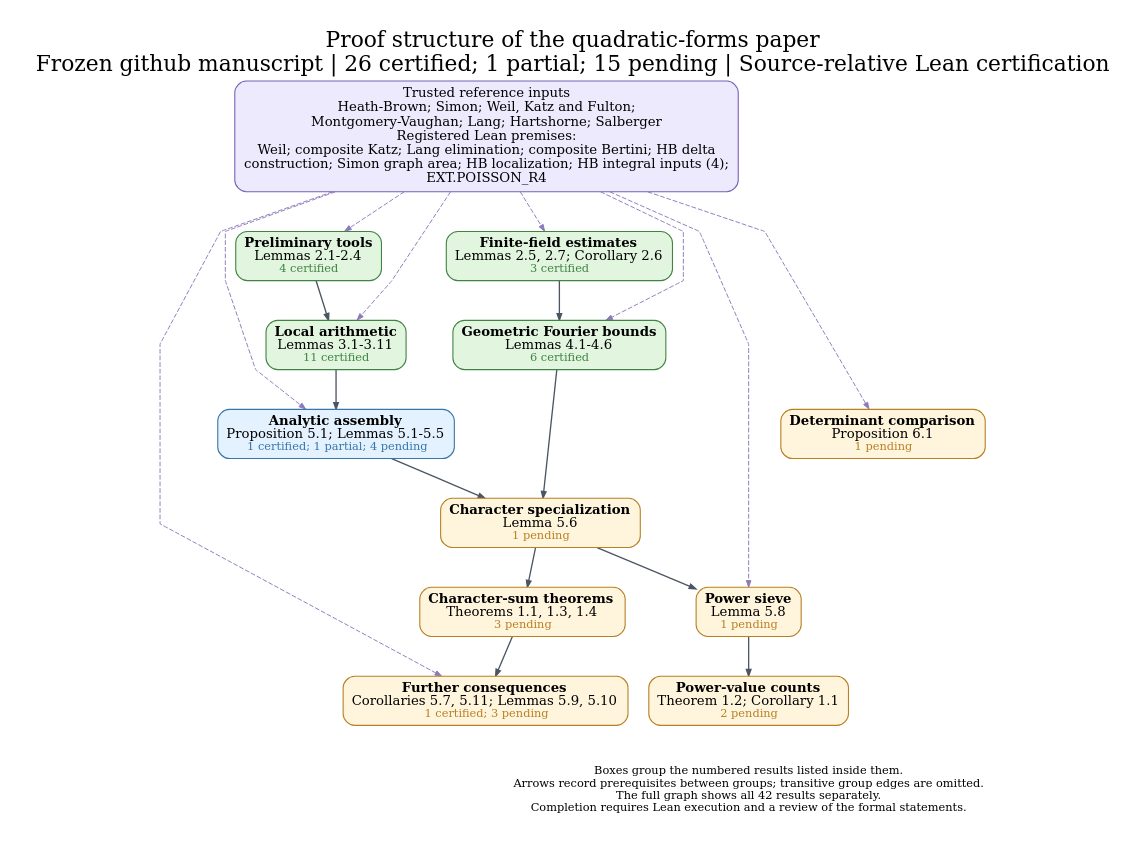
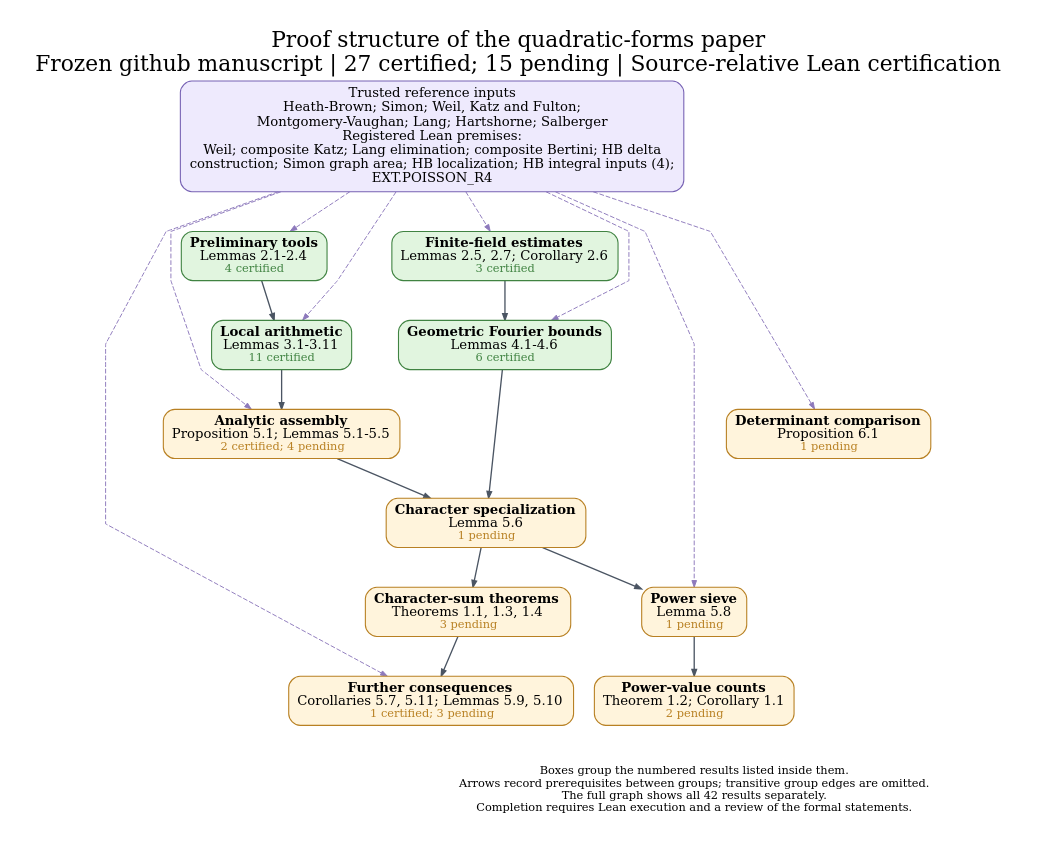
Before and after one commit to nicolasrobles/quaternary-quadratic-forms: the diagram in docs/dependency_overview.dot, drawn with Graphviz. The commit also changed 26 other files, not shown here.

```diff
--- a/docs/dependency_overview.dot
+++ b/docs/dependency_overview.dot
@@ -1,43 +1,43 @@
 digraph Overview {
 graph [rankdir=TB, newrank=true, compound=true, outputorder=edgesfirst,
   bgcolor="white", fontname="DejaVu Serif", fontsize=23, labelloc=t,
-  label="Proof structure of the quadratic-forms paper\nFrozen github manuscript | 26 certified; 1 partial; 15 pending | Source-relative Lean certification",
+  label="Proof structure of the quadratic-forms paper\nFrozen github manuscript | 27 certified; 15 pending | Source-relative Lean certification",
   nodesep=0.30, ranksep=0.58, pad=0.28, splines=polyline];
 node [shape=box, style="rounded,filled", fillcolor="#fff4dc", color="#b88023",
   fontname="DejaVu Serif", fontsize=14, penwidth=1.15, margin="0.12,0.09"];
 edge [color="#4b5563", arrowsize=0.70, penwidth=1.05];
 sources [label="Trusted reference inputs\nHeath-Brown; Simon; Weil, Katz and Fulton;\nMontgomery-Vaughan; Lang; Hartshorne; Salberger\nRegistered Lean premises:\nWeil; composite Katz; Lang elimination; composite Bertini; HB delta\nconstruction; Simon graph area; HB localization; HB integral inputs (4);\nEXT.POISSON_R4", fillcolor="#eeeafd", color="#7762b4", fontsize=14];
 "prelim" [label=<<B>Preliminary tools</B><BR/>Lemmas 2.1-2.4<BR/><FONT POINT-SIZE="12" COLOR="#408342">4 certified</FONT>>, fillcolor="#e1f5df", color="#408342", URL="https://github.com/nicolasrobles/quaternary-quadratic-forms/blob/main/INVENTORY.md", target="_blank"];
 "finite" [label=<<B>Finite-field estimates</B><BR/>Lemmas 2.5, 2.7; Corollary 2.6<BR/><FONT POINT-SIZE="12" COLOR="#408342">3 certified</FONT>>, fillcolor="#e1f5df", color="#408342", URL="https://github.com/nicolasrobles/quaternary-quadratic-forms/blob/main/INVENTORY.md", target="_blank"];
 "local" [label=<<B>Local arithmetic</B><BR/>Lemmas 3.1-3.11<BR/><FONT POINT-SIZE="12" COLOR="#408342">11 certified</FONT>>, fillcolor="#e1f5df", color="#408342", URL="https://github.com/nicolasrobles/quaternary-quadratic-forms/blob/main/INVENTORY.md", target="_blank"];
 "fourier" [label=<<B>Geometric Fourier bounds</B><BR/>Lemmas 4.1-4.6<BR/><FONT POINT-SIZE="12" COLOR="#408342">6 certified</FONT>>, fillcolor="#e1f5df", color="#408342", URL="https://github.com/nicolasrobles/quaternary-quadratic-forms/blob/main/INVENTORY.md", target="_blank"];
-"analytic" [label=<<B>Analytic assembly</B><BR/>Proposition 5.1; Lemmas 5.1-5.5<BR/><FONT POINT-SIZE="12" COLOR="#3676aa">1 certified; 1 partial; 4 pending</FONT>>, fillcolor="#e4f1ff", color="#3676aa", URL="https://github.com/nicolasrobles/quaternary-quadratic-forms/blob/main/INVENTORY.md", target="_blank"];
+"analytic" [label=<<B>Analytic assembly</B><BR/>Proposition 5.1; Lemmas 5.1-5.5<BR/><FONT POINT-SIZE="12" COLOR="#b88023">2 certified; 4 pending</FONT>>, fillcolor="#fff4dc", color="#b88023", URL="https://github.com/nicolasrobles/quaternary-quadratic-forms/blob/main/INVENTORY.md", target="_blank"];
 "characters" [label=<<B>Character specialization</B><BR/>Lemma 5.6<BR/><FONT POINT-SIZE="12" COLOR="#b88023">1 pending</FONT>>, fillcolor="#fff4dc", color="#b88023", URL="https://github.com/nicolasrobles/quaternary-quadratic-forms/blob/main/INVENTORY.md", target="_blank"];
 "sieve" [label=<<B>Power sieve</B><BR/>Lemma 5.8<BR/><FONT POINT-SIZE="12" COLOR="#b88023">1 pending</FONT>>, fillcolor="#fff4dc", color="#b88023", URL="https://github.com/nicolasrobles/quaternary-quadratic-forms/blob/main/INVENTORY.md", target="_blank"];
 "consequences" [label=<<B>Further consequences</B><BR/>Corollaries 5.7, 5.11; Lemmas 5.9, 5.10<BR/><FONT POINT-SIZE="12" COLOR="#b88023">1 certified; 3 pending</FONT>>, fillcolor="#fff4dc", color="#b88023", URL="https://github.com/nicolasrobles/quaternary-quadratic-forms/blob/main/INVENTORY.md", target="_blank"];
 "maincharacters" [label=<<B>Character-sum theorems</B><BR/>Theorems 1.1, 1.3, 1.4<BR/><FONT POINT-SIZE="12" COLOR="#b88023">3 pending</FONT>>, fillcolor="#fff4dc", color="#b88023", URL="https://github.com/nicolasrobles/quaternary-quadratic-forms/blob/main/INVENTORY.md", target="_blank"];
 "mainpowers" [label=<<B>Power-value counts</B><BR/>Theorem 1.2; Corollary 1.1<BR/><FONT POINT-SIZE="12" COLOR="#b88023">2 pending</FONT>>, fillcolor="#fff4dc", color="#b88023", URL="https://github.com/nicolasrobles/quaternary-quadratic-forms/blob/main/INVENTORY.md", target="_blank"];
 "fixed" [label=<<B>Determinant comparison</B><BR/>Proposition 6.1<BR/><FONT POINT-SIZE="12" COLOR="#b88023">1 pending</FONT>>, fillcolor="#fff4dc", color="#b88023", URL="https://github.com/nicolasrobles/quaternary-quadratic-forms/blob/main/INVENTORY.md", target="_blank"];
 "analytic" -> "characters" [penwidth=1.4];
 "characters" -> "maincharacters" [penwidth=1.4];
 "characters" -> "sieve" [penwidth=1.4];
 "finite" -> "fourier" [penwidth=1.4];
 "fourier" -> "characters" [penwidth=1.4];
 "local" -> "analytic" [penwidth=1.4];
 "maincharacters" -> "consequences" [penwidth=1.4];
 "prelim" -> "local" [penwidth=1.4];
 "sieve" -> "mainpowers" [penwidth=1.4];
 sources -> "analytic" [style=dashed, color="#8d79bc", penwidth=1.0];
 sources -> "consequences" [style=dashed, color="#8d79bc", penwidth=1.0];
 sources -> "finite" [style=dashed, color="#8d79bc", penwidth=1.0];
 sources -> "fixed" [style=dashed, color="#8d79bc", penwidth=1.0];
 sources -> "fourier" [style=dashed, color="#8d79bc", penwidth=1.0];
 sources -> "local" [style=dashed, color="#8d79bc", penwidth=1.0];
 sources -> "prelim" [style=dashed, color="#8d79bc", penwidth=1.0];
 sources -> "sieve" [style=dashed, color="#8d79bc", penwidth=1.0];
 legend [shape=plain, style="", label="Boxes group the numbered results listed inside them.\nArrows record prerequisites between groups; transitive group edges are omitted.\nThe full graph shows all 42 results separately.\nCompletion requires Lean execution and a review of the formal statements.", fontsize=12];
 {rank=sink; legend;}
 "consequences" -> legend [style=invis];
 "fixed" -> legend [style=invis];
 "mainpowers" -> legend [style=invis];
 }
```
